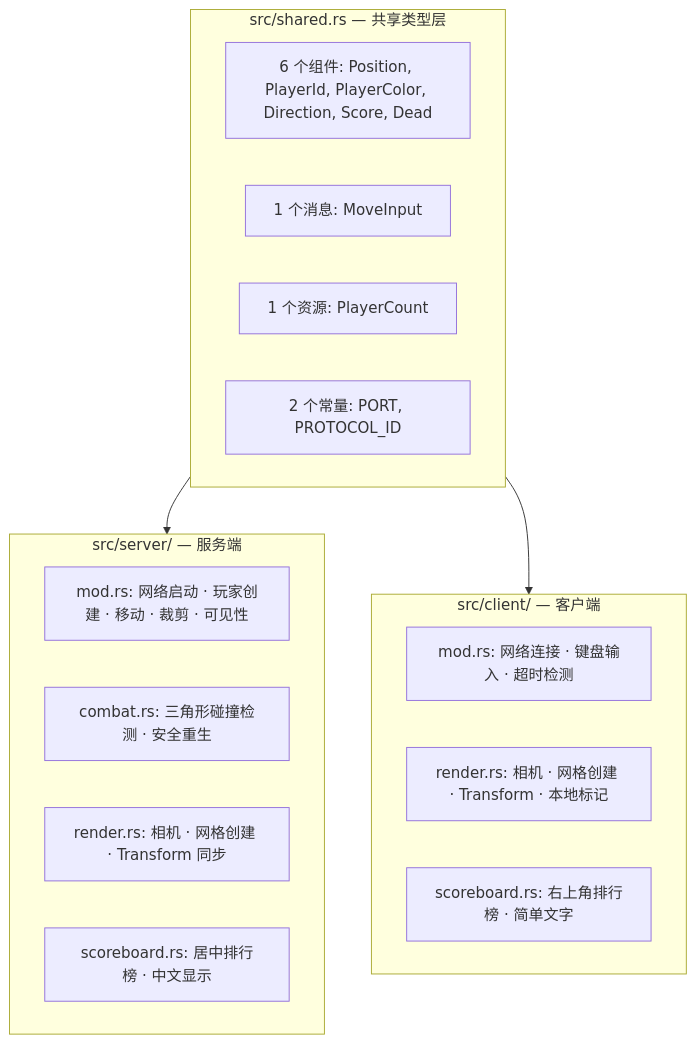
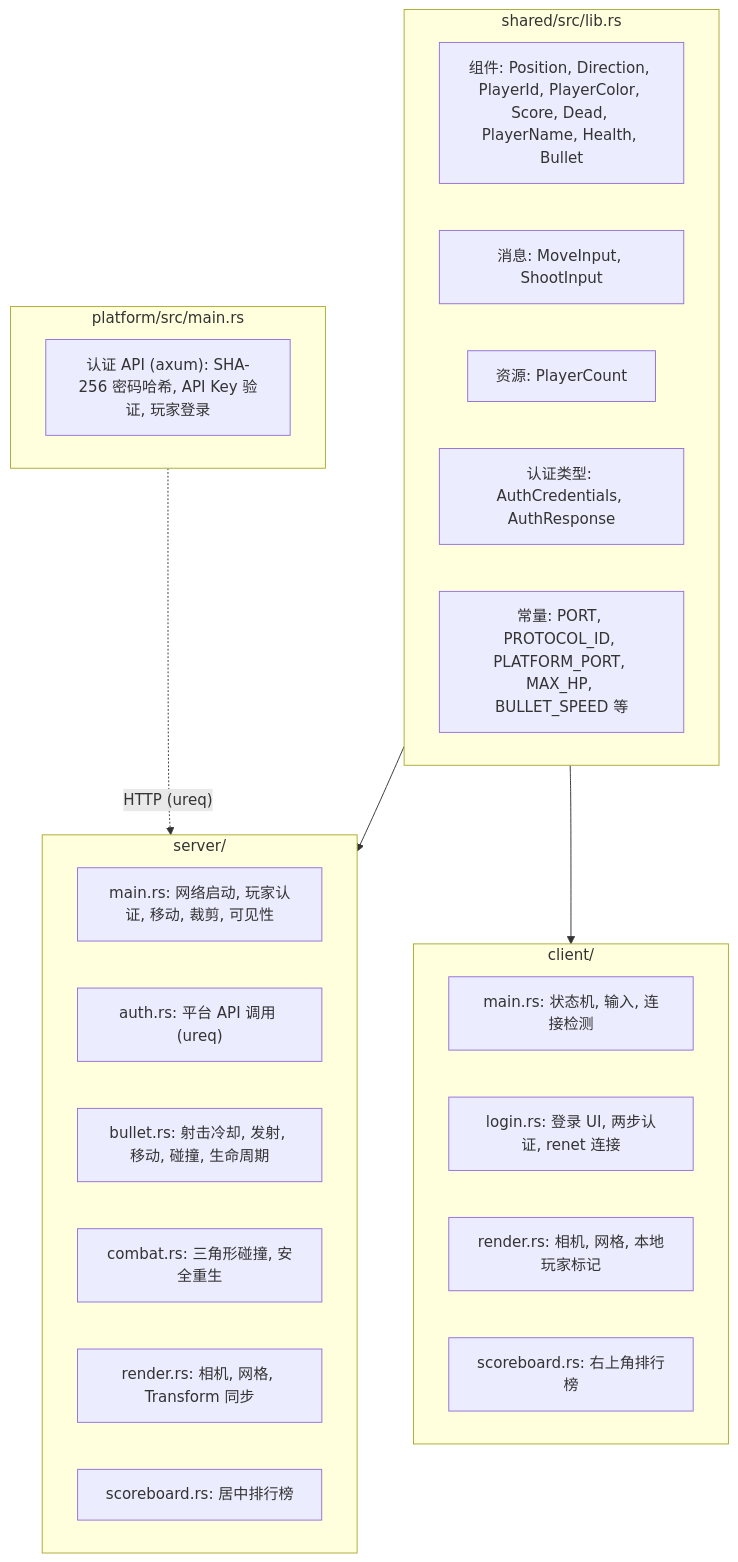
The third of 4 diagrams in LEARN.md (kindywu/simple_bevy), drawn with Mermaid before and after one commit. The commit also changed other lines of this file, not shown here.

````diff
--- a/LEARN.md
+++ b/LEARN.md
@@ -667,25 +665,34 @@
 ```mermaid
 graph TD
-    subgraph shared.rs["src/shared.rs — 共享类型层"]
-        COMP["6 个组件: Position, PlayerId, PlayerColor, Direction, Score, Dead"]
-        MSG["1 个消息: MoveInput"]
-        RES["1 个资源: PlayerCount"]
-        CONST["2 个常量: PORT, PROTOCOL_ID"]
+    subgraph shared["shared/src/lib.rs"]
+        COMP["组件: Position, Direction, PlayerId, PlayerColor, Score, Dead, PlayerName, Health, Bullet"]
+        MSG["消息: MoveInput, ShootInput"]
+        RES["资源: PlayerCount"]
+        AUTH["认证类型: AuthCredentials, AuthResponse"]
+        CONST["常量: PORT, PROTOCOL_ID, PLATFORM_PORT, MAX_HP, BULLET_SPEED 等"]
     end
 
-    subgraph server["src/server/ — 服务端"]
-        S_MAIN["mod.rs: 网络启动 · 玩家创建 · 移动 · 裁剪 · 可见性"]
-        S_COMBAT["combat.rs: 三角形碰撞检测 · 安全重生"]
-        S_RENDER["render.rs: 相机 · 网格创建 · Transform 同步"]
-        S_SCORE["scoreboard.rs: 居中排行榜 · 中文显示"]
+    subgraph platform["platform/src/main.rs"]
+        P_AUTH["认证 API (axum): SHA-256 密码哈希, API Key 验证, 玩家登录"]
     end
 
-    subgraph client["src/client/ — 客户端"]
-        C_MAIN["mod.rs: 网络连接 · 键盘输入 · 超时检测"]
-        C_RENDER["render.rs: 相机 · 网格创建 · Transform · 本地标记"]
-        C_SCORE["scoreboard.rs: 右上角排行榜 · 简单文字"]
+    subgraph server["server/"]
+        S_MAIN["main.rs: 网络启动, 玩家认证, 移动, 裁剪, 可见性"]
+        S_AUTH["auth.rs: 平台 API 调用 (ureq)"]
+        S_BULLET["bullet.rs: 射击冷却, 发射, 移动, 碰撞, 生命周期"]
+        S_COMBAT["combat.rs: 三角形碰撞, 安全重生"]
+        S_RENDER["render.rs: 相机, 网格, Transform 同步"]
+        S_SCORE["scoreboard.rs: 居中排行榜"]
     end
 
-    shared.rs --> server
-    shared.rs --> client
+    subgraph client["client/"]
+        C_MAIN["main.rs: 状态机, 输入, 连接检测"]
+        C_LOGIN["login.rs: 登录 UI, 两步认证, renet 连接"]
+        C_RENDER["render.rs: 相机, 网格, 本地玩家标记"]
+        C_SCORE["scoreboard.rs: 右上角排行榜"]
+    end
+
+    shared --> server
+    shared --> client
+    platform -.->|"HTTP (ureq)"| server
 ```
````
